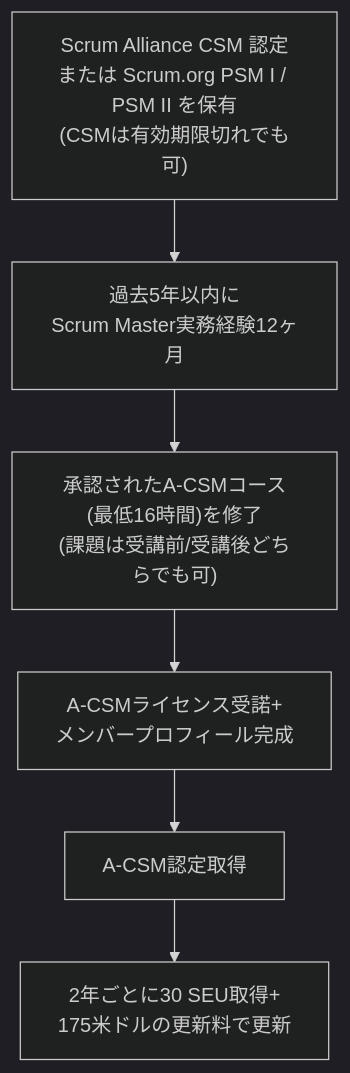
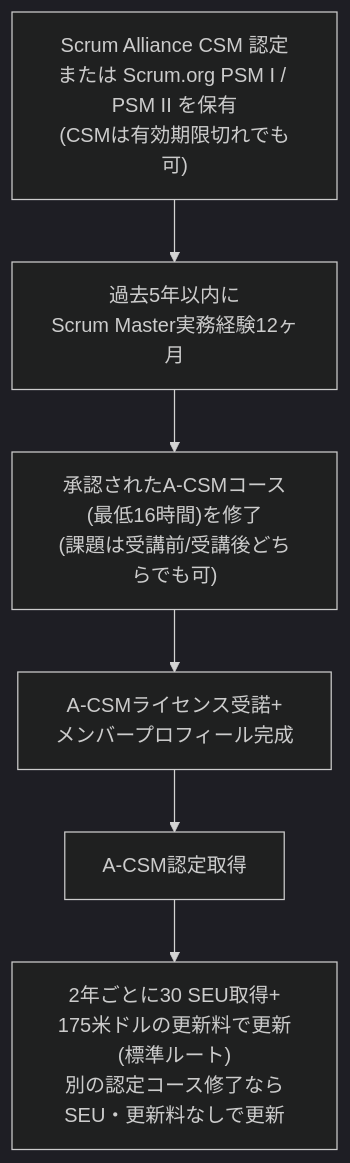
One commit to myoshi2891/Management-Team-Building-Studies changed the second of 23 diagrams in A-csm-advanced-certified-scrummaster-study-guide.md. Above: the diagram before and after it, drawn with Mermaid (dark theme). The commit also changed other lines of this file, not shown here.

````diff
--- a/A-csm-advanced-certified-scrummaster-study-guide.md
+++ b/A-csm-advanced-certified-scrummaster-study-guide.md
@@ -84,8 +85,8 @@
 ```mermaid
 flowchart TD
     R1["Scrum Alliance CSM 認定<br/>または Scrum.org PSM I / PSM II を保有<br/>(CSMは有効期限切れでも可)"] --> R2["過去5年以内に<br/>Scrum Master実務経験12ヶ月"]
     R2 --> R3["承認されたA-CSMコース(最低16時間)を修了<br/>(課題は受講前/受講後どちらでも可)"]
     R3 --> R4["A-CSMライセンス受諾+<br/>メンバープロフィール完成"]
     R4 --> R5["A-CSM認定取得"]
-    R5 --> R6["2年ごとに30 SEU取得+<br/>175米ドルの更新料で更新"]
+    R5 --> R6["2年ごとに30 SEU取得+<br/>175米ドルの更新料で更新(標準ルート)<br/>別の認定コース修了なら<br/>SEU・更新料なしで更新"]
 ```
````
